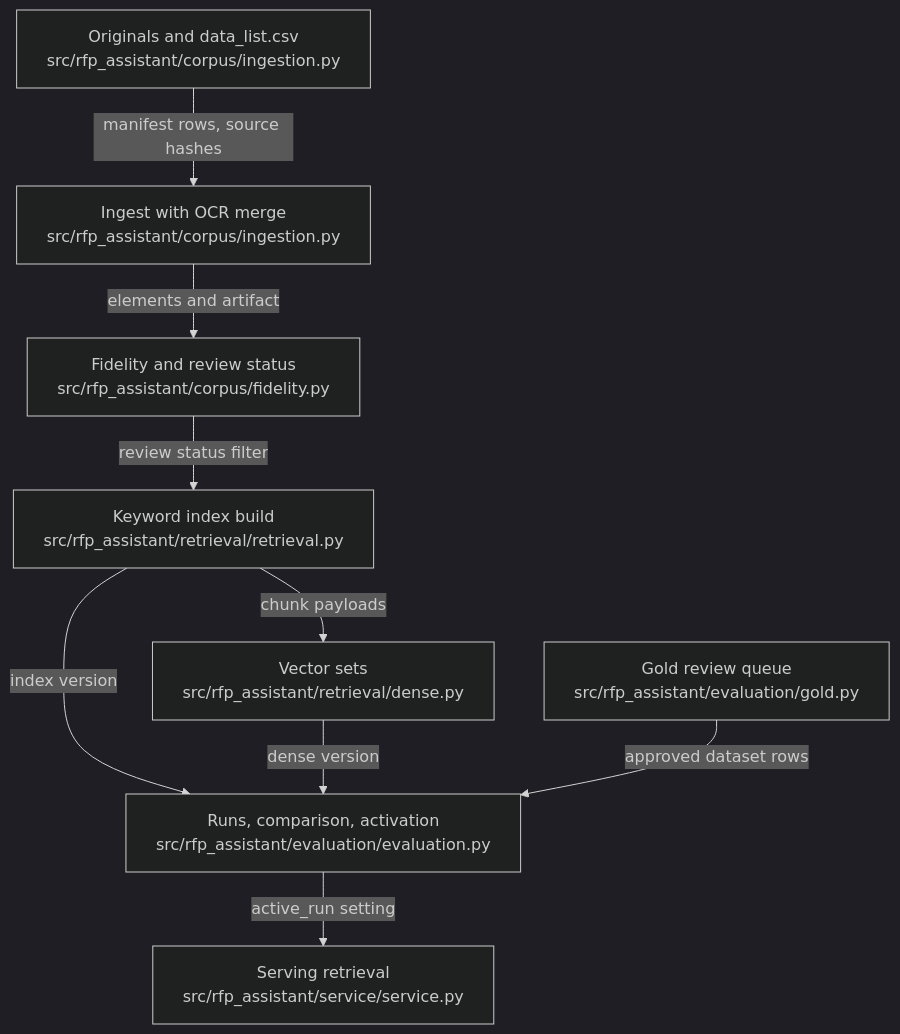
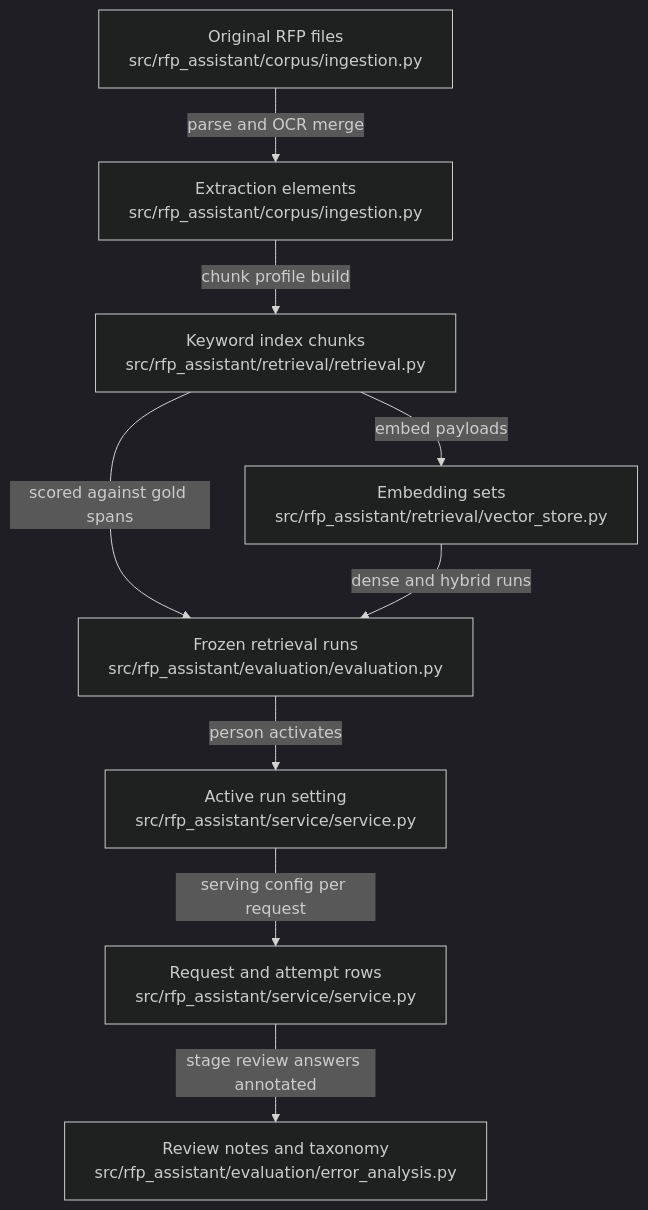
Before and after one commit to littleeeeebit/project-codeit-mid: the diagram in .omm/data-flow/diagram.mmd, drawn with Mermaid (dark theme). The commit also changed 437 other files, not shown here.

```diff
--- a/.omm/data-flow/diagram.mmd
+++ b/.omm/data-flow/diagram.mmd
@@ -1,17 +1,17 @@
 graph TD
-  originals["Originals and data_list.csv\nsrc/rfp_assistant/corpus/ingestion.py"]
-  ingest["Ingest with OCR merge\nsrc/rfp_assistant/corpus/ingestion.py"]
-  fidelity["Fidelity and review status\nsrc/rfp_assistant/corpus/fidelity.py"]
-  keyword["Keyword index build\nsrc/rfp_assistant/retrieval/retrieval.py"]
-  vectors["Vector sets\nsrc/rfp_assistant/retrieval/dense.py"]
-  gold["Gold review queue\nsrc/rfp_assistant/evaluation/gold.py"]
-  evaluate["Runs, comparison, activation\nsrc/rfp_assistant/evaluation/evaluation.py"]
-  serving["Serving retrieval\nsrc/rfp_assistant/service/service.py"]
-  originals -->|manifest rows, source hashes| ingest
-  ingest -->|elements and artifact| fidelity
-  fidelity -->|review status filter| keyword
-  keyword -->|chunk payloads| vectors
-  keyword -->|index version| evaluate
-  vectors -->|dense version| evaluate
-  gold -->|approved dataset rows| evaluate
-  evaluate -->|active_run setting| serving
+  original-files["Original RFP files\nsrc/rfp_assistant/corpus/ingestion.py"]
+  extraction-elements["Extraction elements\nsrc/rfp_assistant/corpus/ingestion.py"]
+  keyword-chunks["Keyword index chunks\nsrc/rfp_assistant/retrieval/retrieval.py"]
+  vector-payloads["Embedding sets\nsrc/rfp_assistant/retrieval/vector_store.py"]
+  retrieval-runs["Frozen retrieval runs\nsrc/rfp_assistant/evaluation/evaluation.py"]
+  active-run["Active run setting\nsrc/rfp_assistant/service/service.py"]
+  answer-records["Request and attempt rows\nsrc/rfp_assistant/service/service.py"]
+  review-notes["Review notes and taxonomy\nsrc/rfp_assistant/evaluation/error_analysis.py"]
+  original-files -->|parse and OCR merge| extraction-elements
+  extraction-elements -->|chunk profile build| keyword-chunks
+  keyword-chunks -->|embed payloads| vector-payloads
+  keyword-chunks -->|scored against gold spans| retrieval-runs
+  vector-payloads -->|dense and hybrid runs| retrieval-runs
+  retrieval-runs -->|person activates| active-run
+  active-run -->|serving config per request| answer-records
+  answer-records -->|stage review answers annotated| review-notes
```
